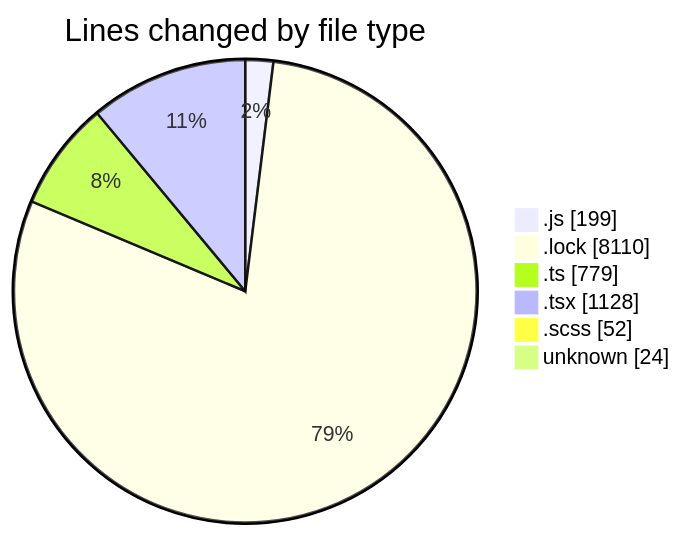
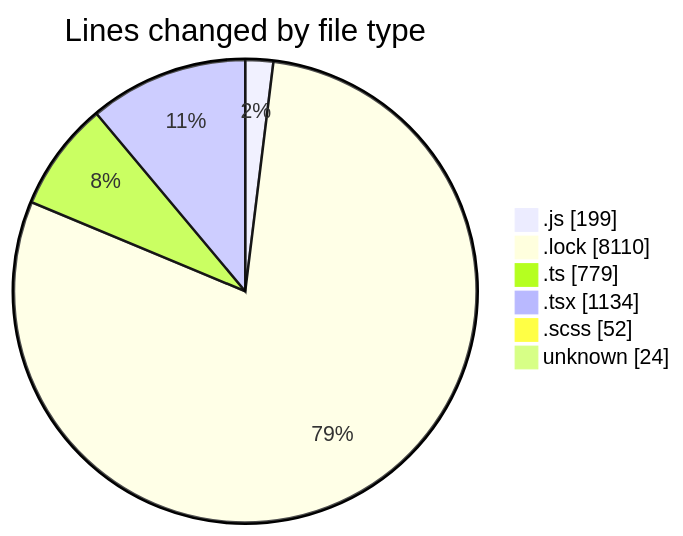
The first of 2 diagrams in 2025-02-07/cda/README.md (momahboobian/code-tracking), drawn with Mermaid before and after one commit. The commit also changed other lines of this file and 1 other file, not shown here.

````diff
--- a/2025-02-07/cda/README.md
+++ b/2025-02-07/cda/README.md
@@ -57,10 +57,10 @@
 ```mermaid
 pie showData
 title Lines changed by file type
 ".js" : 199
 ".lock" : 8110
 ".ts" : 779
-".tsx" : 1128
+".tsx" : 1134
 ".scss" : 52
 "unknown" : 24
 ```
````
